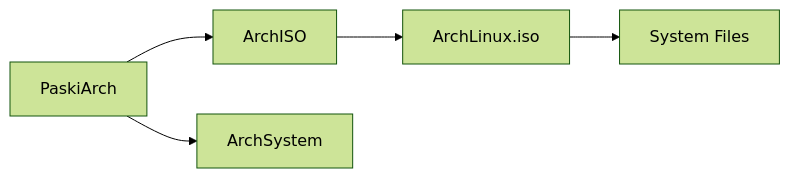
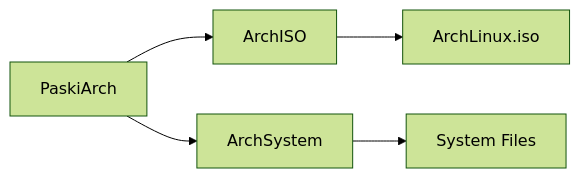
Before and after one commit to PaskiDev/dotfiles: the diagram in README.md, drawn with Mermaid (forest theme).

````diff
--- a/README.md
+++ b/README.md
@@ -69,7 +69,7 @@
 ```mermaid
 flowchart LR;
   A[PaskiArch]-->B[ArchISO];
   A-->C[ArchSystem];
   B-->D[ArchLinux.iso];
-  D-->E[System Files];
+  C-->E[System Files];
 ```
````
